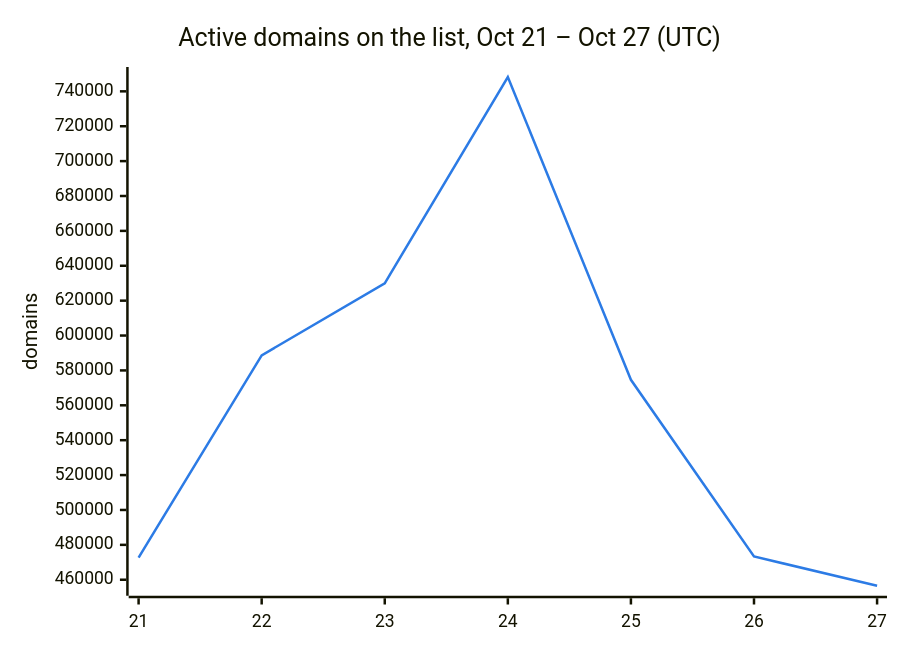
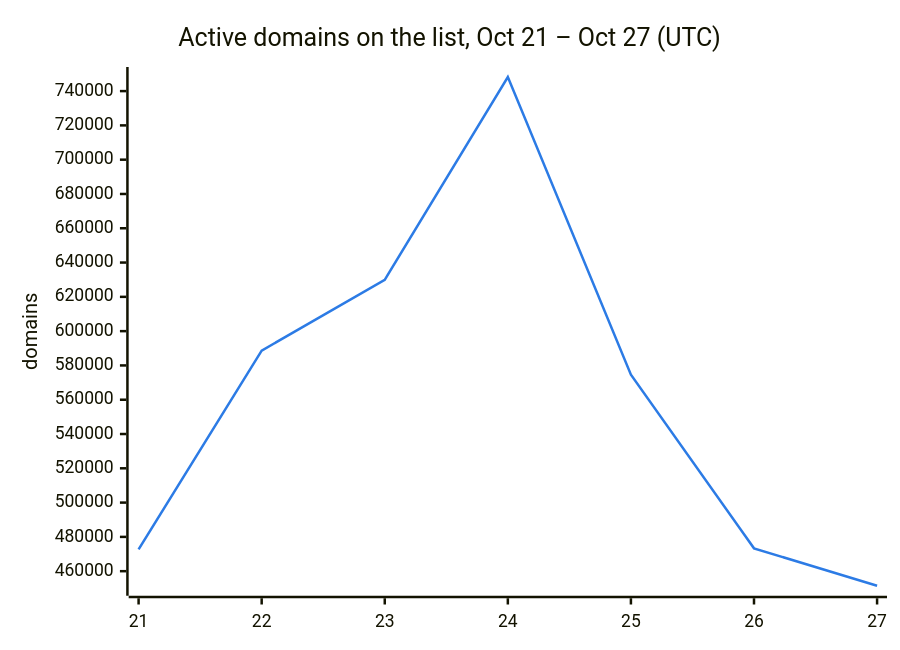
One commit to DNSBunker/CTI changed the second of 3 diagrams in README.md. Above: the diagram before and after it, drawn with Mermaid. The commit also changed other lines of this file and 3 other files, not shown here.

````diff
--- a/README.md
+++ b/README.md
@@ -38,8 +38,8 @@
 ```mermaid
 %%{init: {"themeVariables": {"xyChart": {"plotColorPalette": "#2c7be5"}}}}%%
 xychart-beta
     title "Active domains on the list, Oct 21 – Oct 27 (UTC)"
     x-axis ["21", "22", "23", "24", "25", "26", "27"]
     y-axis "domains"
-    line [472713, 588659, 629951, 748222, 574614, 473331, 456551]
+    line [472713, 588659, 629951, 748222, 574614, 473331, 451503]
 ```
````
